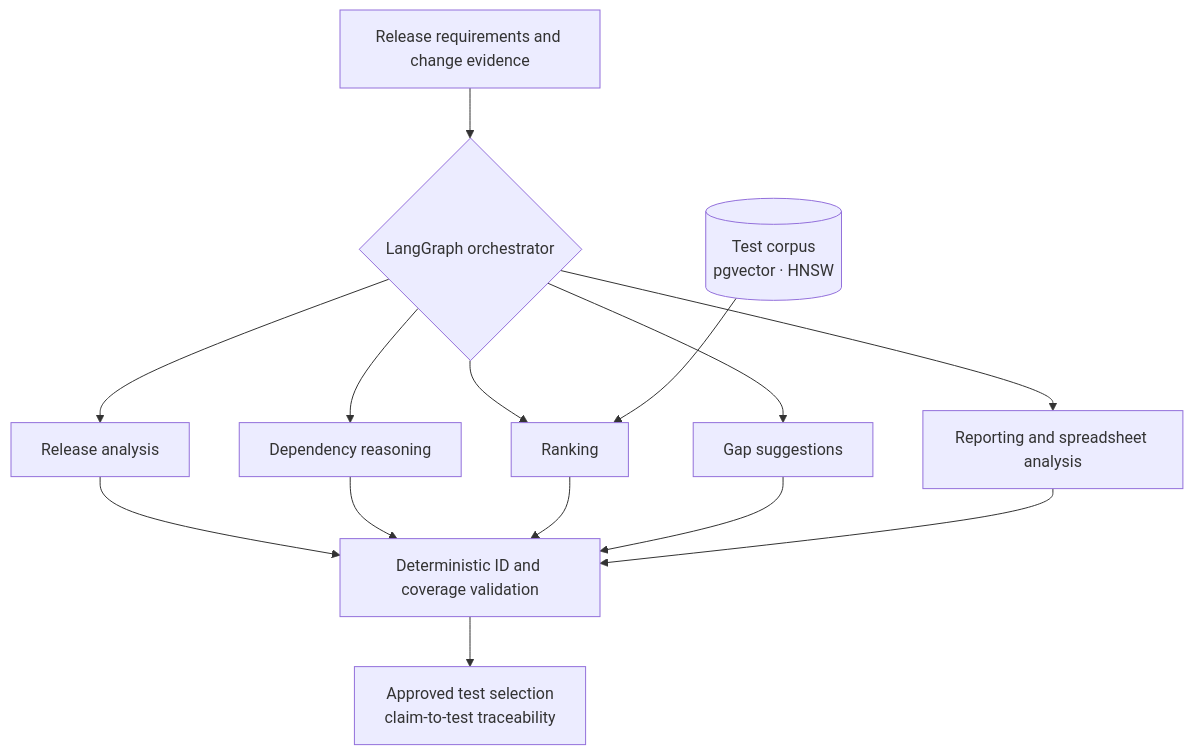
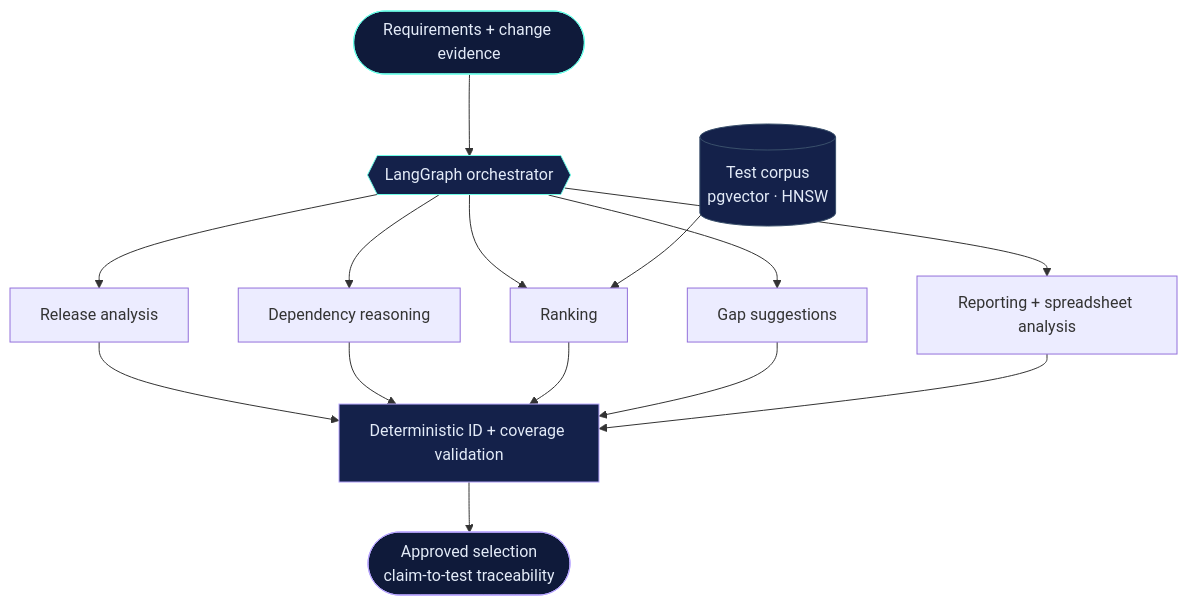
One commit to Shashank2006offl/Shashank2006offl changed the fourth of 4 diagrams in README.md. Above: the diagram before and after it, drawn with Mermaid. The commit also changed other lines of this file, not shown here.

````diff
--- a/README.md
+++ b/README.md
@@ -106,12 +115,21 @@
 ```mermaid
 flowchart TB
-    R[Release requirements and change evidence] --> G{LangGraph orchestrator}
+    R([Requirements + change evidence]) --> G{{LangGraph orchestrator}}
     G --> A1[Release analysis]
     G --> A2[Dependency reasoning]
     G --> A3[Ranking]
     G --> A4[Gap suggestions]
-    G --> A5[Reporting and spreadsheet analysis]
+    G --> A5[Reporting + spreadsheet analysis]
     S[(Test corpus<br/>pgvector · HNSW)] --> A3
-    A1 & A2 & A3 & A4 & A5 --> V[Deterministic ID and coverage validation]
-    V --> O[Approved test selection<br/>claim-to-test traceability]
+    A1 --> V
+    A2 --> V
+    A3 --> V
+    A4 --> V
+    A5 --> V
+    V[Deterministic ID + coverage validation] --> O([Approved selection<br/>claim-to-test traceability])
+    style R fill:#0f1a3a,stroke:#6FFFE9,color:#e3ebf8
+    style O fill:#0f1a3a,stroke:#b9a7ff,color:#e3ebf8
+    style G fill:#14214a,stroke:#6FFFE9,color:#e3ebf8
+    style S fill:#14214a,stroke:#3a506b,color:#e3ebf8
+    style V fill:#14214a,stroke:#b9a7ff,color:#e3ebf8
 ```
````
